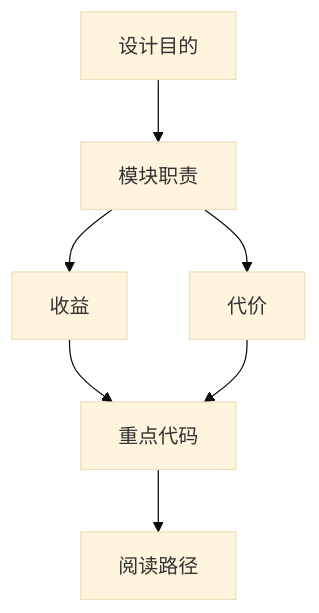
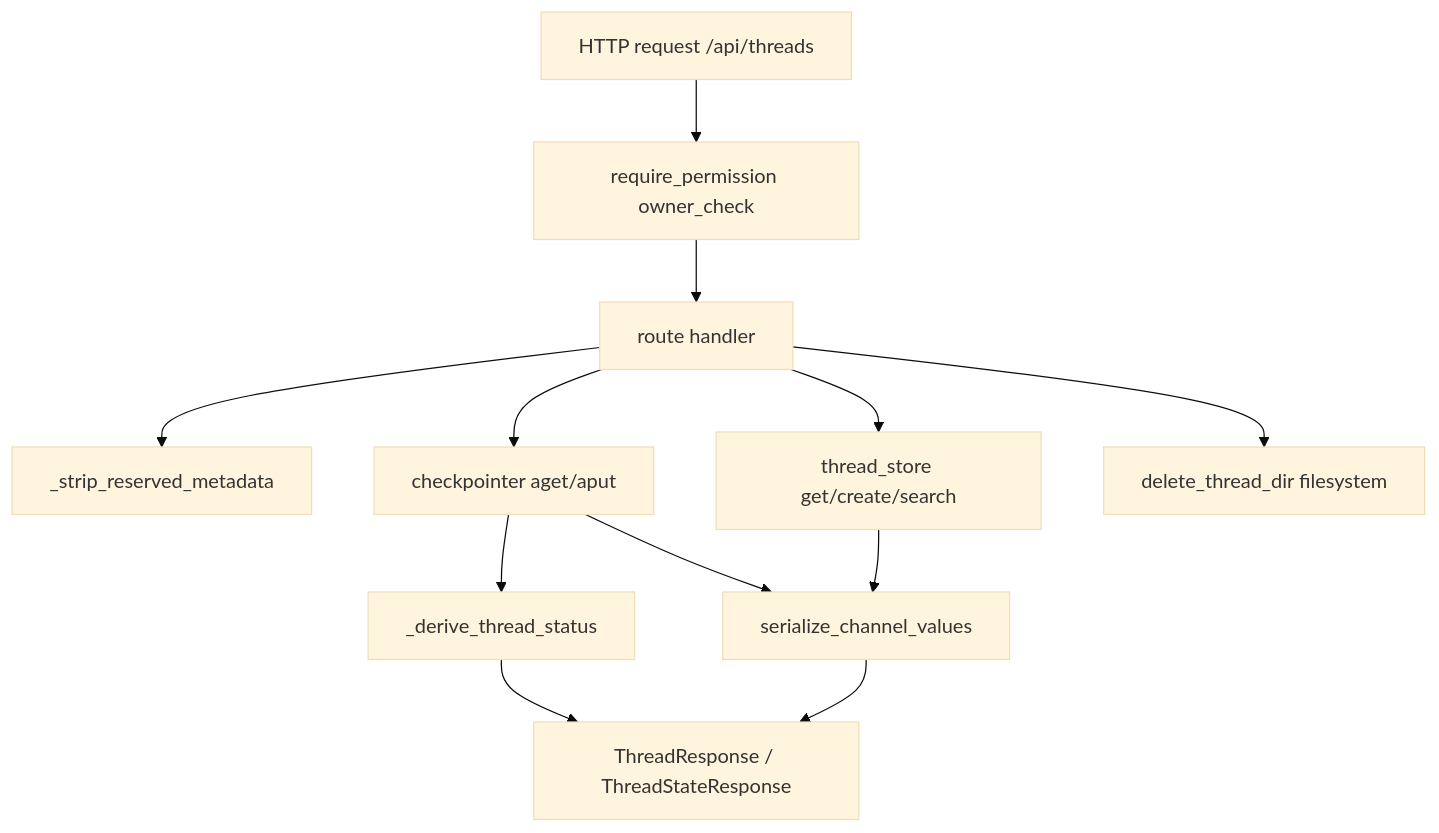
Before and after one commit to ShaofeiZi/deer-flow: the second of 2 diagrams in .agent_context/final_review/docs_md/52｜threads.py Router 单文件详解.md, drawn with Mermaid (base theme). The commit also changed 3361 other files, not shown here.

````diff
--- a/.agent_context/final_review/docs_md/52｜threads.py Router 单文件详解.md
+++ b/.agent_context/final_review/docs_md/52｜threads.py Router 单文件详解.md
@@ -52,9 +52,14 @@
 ```mermaid
 flowchart TD
-  A[设计目的] --> B[模块职责]
-  B --> C[收益]
-  B --> D[代价]
-  C --> E[重点代码]
-  D --> E
-  E --> F[阅读路径]
+  Req[HTTP request /api/threads] --> Perm[require_permission owner_check]
+  Perm --> Handler[route handler]
+  Handler --> Strip[_strip_reserved_metadata]
+  Handler --> CP[checkpointer aget/aput]
+  Handler --> TS[thread_store get/create/search]
+  Handler --> FS[delete_thread_dir filesystem]
+  CP --> Derive[_derive_thread_status]
+  CP --> Serialize[serialize_channel_values]
+  TS --> Serialize
+  Serialize --> Resp[ThreadResponse / ThreadStateResponse]
+  Derive --> Resp
 ```
````
